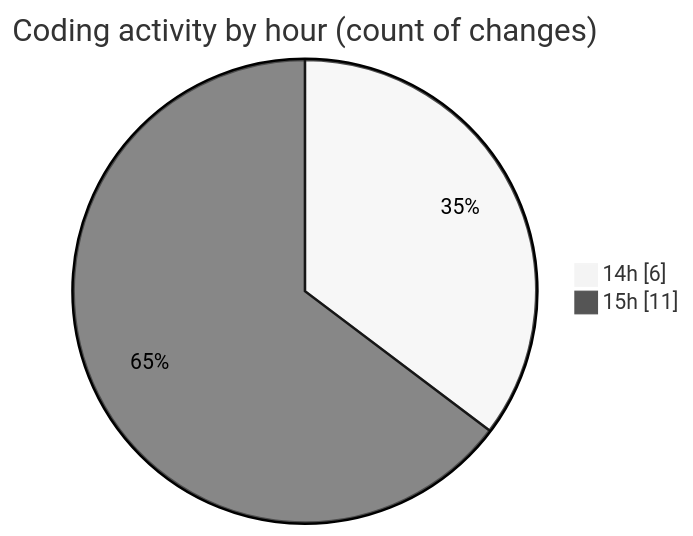
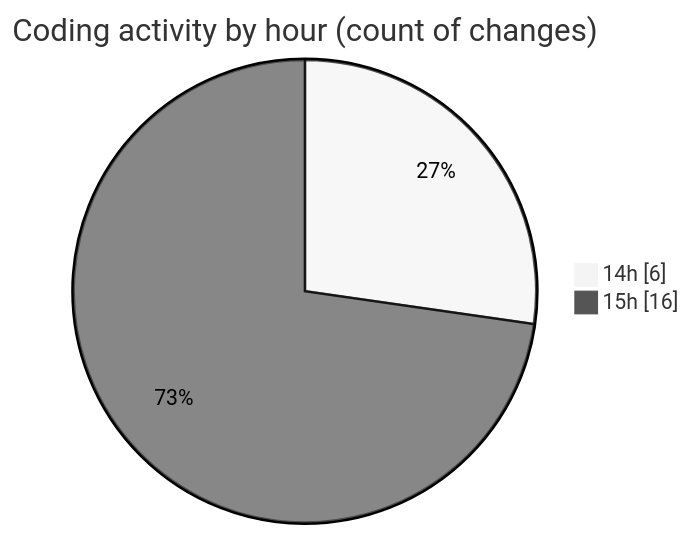
One commit to debugP/code-tracking changed the second of 2 diagrams in 2026-07-31/untitled__workspace_/README.md. Above: the diagram before and after it, drawn with Mermaid (neutral theme). The commit also changed other lines of this file and 1 other file, not shown here.

````diff
--- a/2026-07-31/untitled__workspace_/README.md
+++ b/2026-07-31/untitled__workspace_/README.md
@@ -33,6 +35,6 @@
 ```mermaid
 pie showData
 title Coding activity by hour (count of changes)
 "14h" : 6
-"15h" : 11
+"15h" : 16
 ```
````
